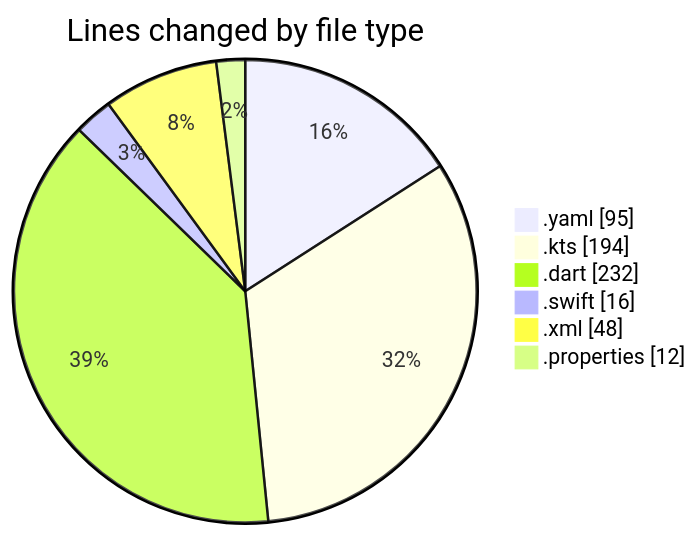
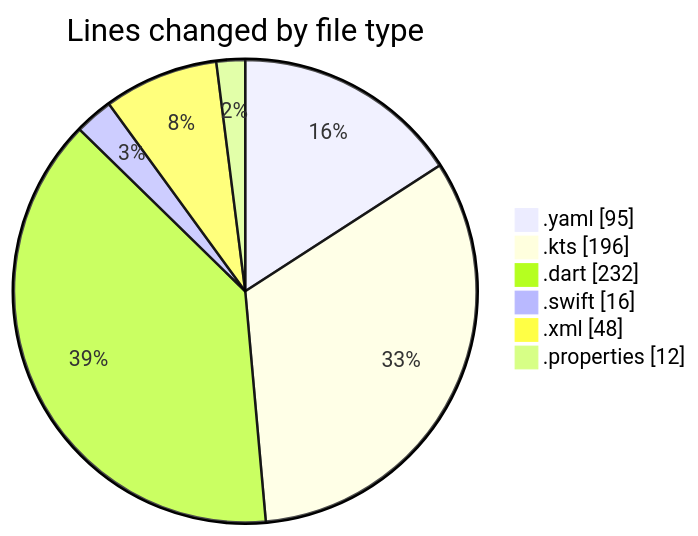
The first of 2 diagrams in 2025-02-16/uber_clone/README.md (donsfak/code-tracking), drawn with Mermaid before and after one commit. The commit also changed other lines of this file and 1 other file, not shown here.

````diff
--- a/2025-02-16/uber_clone/README.md
+++ b/2025-02-16/uber_clone/README.md
@@ -26,10 +26,10 @@
 ```mermaid
 pie showData
 title Lines changed by file type
 ".yaml" : 95
-".kts" : 194
+".kts" : 196
 ".dart" : 232
 ".swift" : 16
 ".xml" : 48
 ".properties" : 12
 ```
````
